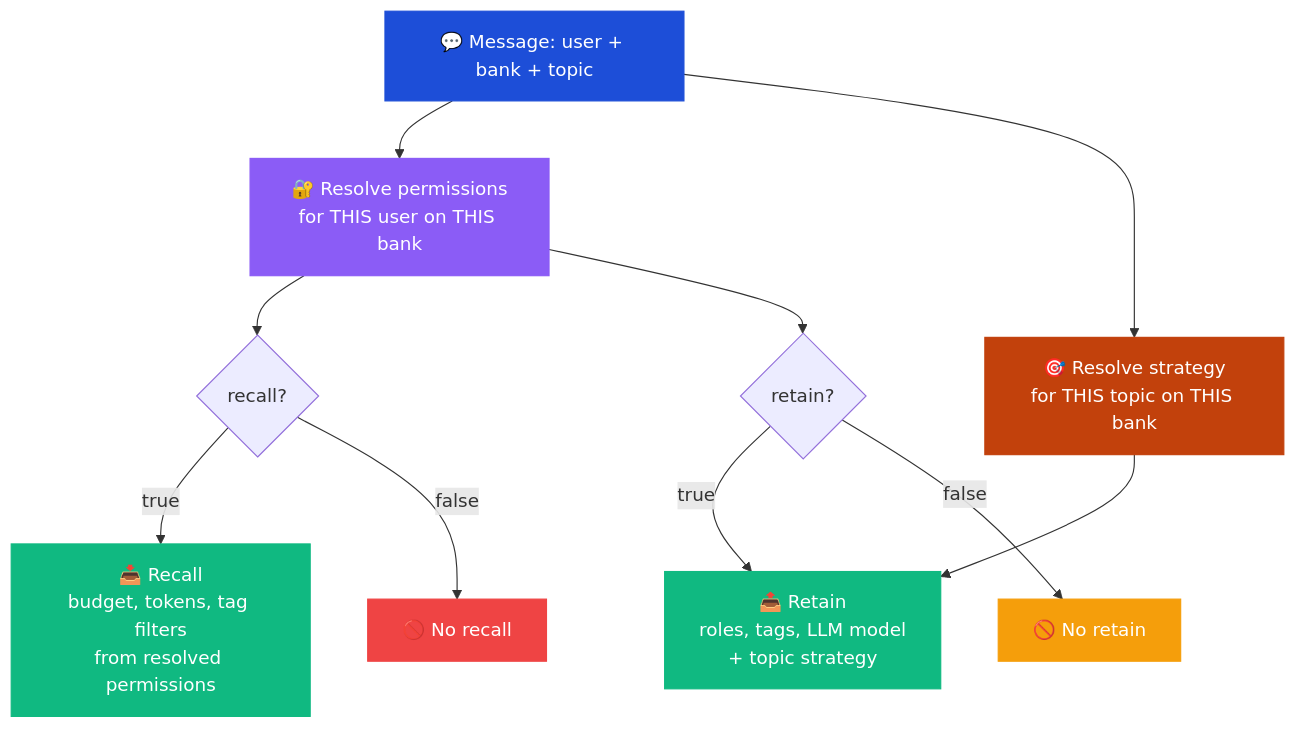
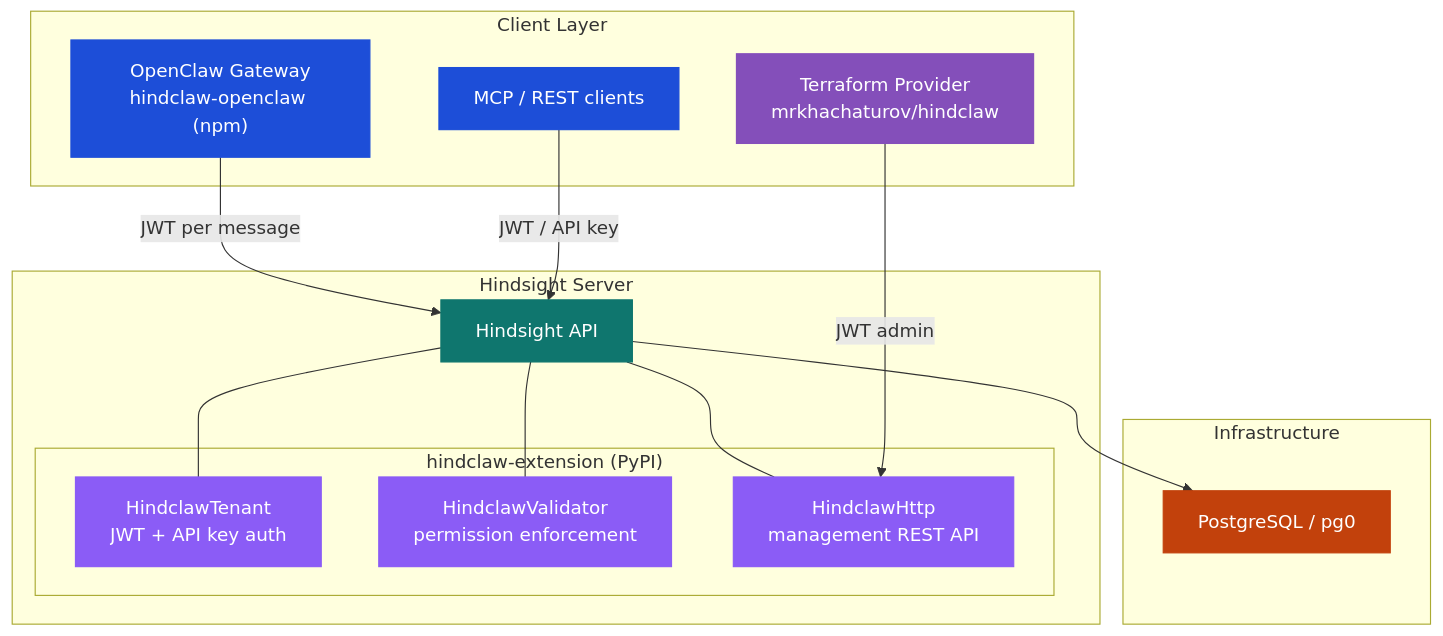
The first of 7 diagrams in README.md (mrkhachaturov/hindclaw), drawn with Mermaid before and after one commit. The commit also changed other lines of this file and 8 other files, not shown here.

First line of the commit message:
docs: update docs for server-side architecture and Terraform provider

````diff
--- a/README.md
+++ b/README.md
@@ -37,20 +40,38 @@
 ```mermaid
-graph TD
-    MSG["💬 Message: user + bank + topic"] --> PERM["🔐 Resolve permissions<br/>for THIS user on THIS bank"]
-    MSG --> STRAT["🎯 Resolve strategy<br/>for THIS topic on THIS bank"]
-    PERM --> R{"recall?"}
-    PERM --> W{"retain?"}
-    R -->|true| RECALL["📥 Recall<br/>budget, tokens, tag filters<br/>from resolved permissions"]
-    R -->|false| NO_R["🚫 No recall"]
-    W -->|true| RETAIN["📤 Retain<br/>roles, tags, LLM model<br/>+ topic strategy"]
-    W -->|false| NO_W["🚫 No retain"]
-    STRAT --> RETAIN
+graph TB
+    subgraph client["Client Layer"]
+        OC["OpenClaw Gateway<br/>hindclaw-openclaw (npm)"]
+        MCP["MCP / REST clients"]
+        TF["Terraform Provider<br/>mrkhachaturov/hindclaw"]
+    end
 
-    style MSG fill:#1d4ed8,color:#fff,stroke:#1d4ed8
-    style PERM fill:#8b5cf6,color:#fff,stroke:#8b5cf6
-    style STRAT fill:#c2410c,color:#fff,stroke:#c2410c
-    style RECALL fill:#10b981,color:#fff,stroke:#10b981
-    style RETAIN fill:#10b981,color:#fff,stroke:#10b981
-    style NO_R fill:#ef4444,color:#fff,stroke:#ef4444
-    style NO_W fill:#f59e0b,color:#fff,stroke:#f59e0b
+    subgraph server["Hindsight Server"]
+        API["Hindsight API"]
+        subgraph ext["hindclaw-extension (PyPI)"]
+            TE["HindclawTenant<br/>JWT + API key auth"]
+            VE["HindclawValidator<br/>permission enforcement"]
+            HE["HindclawHttp<br/>management REST API"]
+        end
+        API --- TE
+        API --- VE
+        API --- HE
+    end
+
+    subgraph infra["Infrastructure"]
+        PG["PostgreSQL / pg0"]
+    end
+
+    OC -->|JWT per message| API
+    MCP -->|JWT / API key| API
+    TF -->|JWT admin| HE
+    API --> PG
+
+    style OC fill:#1d4ed8,color:#fff,stroke:#1d4ed8
+    style MCP fill:#1d4ed8,color:#fff,stroke:#1d4ed8
+    style TF fill:#844FBA,color:#fff,stroke:#844FBA
+    style API fill:#0f766e,color:#fff,stroke:#0f766e
+    style TE fill:#8b5cf6,color:#fff,stroke:#8b5cf6
+    style VE fill:#8b5cf6,color:#fff,stroke:#8b5cf6
+    style HE fill:#8b5cf6,color:#fff,stroke:#8b5cf6
+    style PG fill:#c2410c,color:#fff,stroke:#c2410c
 ```
````
